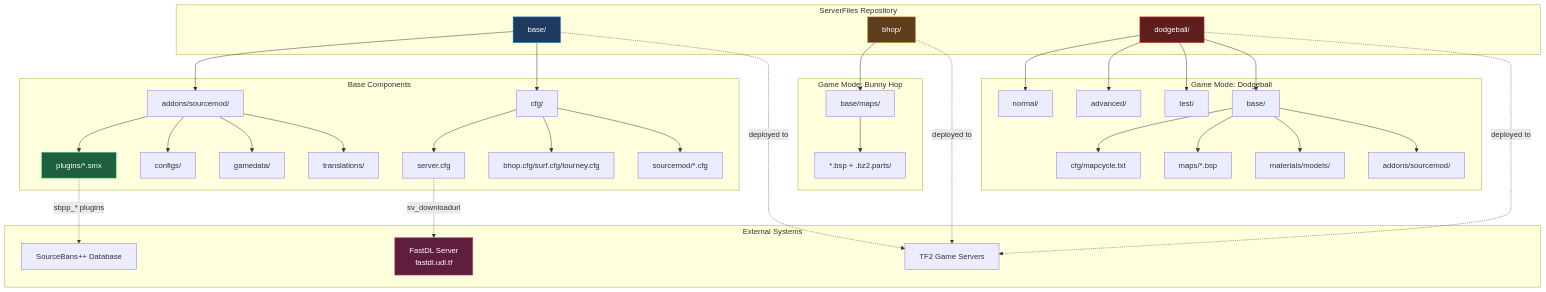
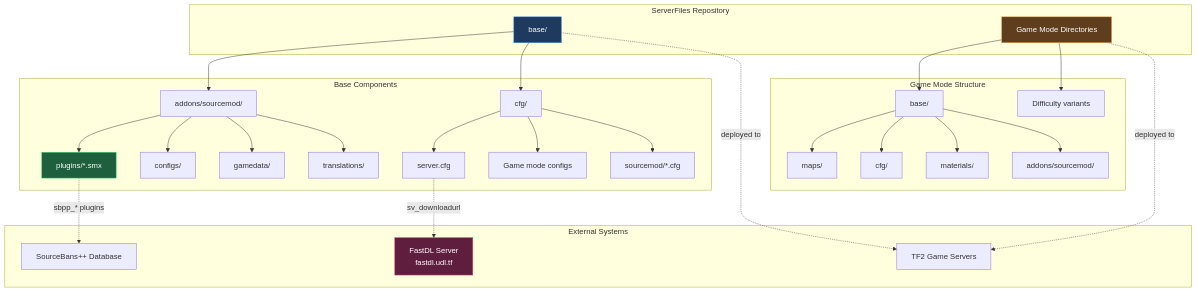
Before and after one commit to UDL-TF/ServerFiles: the first of 3 diagrams in README.md, drawn with Mermaid. The commit also changed other lines of this file, not shown here.

Commit message:
refactor: reorganize directory structure for SourceMod files in README.md

````diff
--- a/README.md
+++ b/README.md
@@ -24,54 +24,44 @@
 ```mermaid
 graph TB
     subgraph "ServerFiles Repository"
         BASE[base/]
-        BHOP[bhop/]
-        DB[dodgeball/]
+        GAMEMODES[Game Mode Directories]
     end
     
     subgraph "Base Components"
         BASE --> ADDONS[addons/sourcemod/]
         BASE --> CFG[cfg/]
         ADDONS --> PLUGINS[plugins/*.smx]
         ADDONS --> CONFIGS[configs/]
         ADDONS --> GAMEDATA[gamedata/]
         ADDONS --> TRANSLATIONS[translations/]
         CFG --> SERVERCFG[server.cfg]
-        CFG --> MODECFG[bhop.cfg/surf.cfg/tourney.cfg]
+        CFG --> MODECFG[Game mode configs]
         CFG --> SMCFG[sourcemod/*.cfg]
     end
     
-    subgraph "Game Mode: Bunny Hop"
-        BHOP --> BHOP_BASE[base/maps/]
-        BHOP_BASE --> BHOP_MAPS[*.bsp + .bz2.parts/]
-    end
-    
-    subgraph "Game Mode: Dodgeball"
-        DB --> DB_NORMAL[normal/]
-        DB --> DB_ADVANCED[advanced/]
-        DB --> DB_TEST[test/]
-        DB --> DB_BASE[base/]
-        DB_BASE --> DB_CFG[cfg/mapcycle.txt]
-        DB_BASE --> DB_MAPS[maps/*.bsp]
-        DB_BASE --> DB_MATERIALS[materials/models/]
-        DB_BASE --> DB_PLUGINS[addons/sourcemod/]
+    subgraph "Game Mode Structure"
+        GAMEMODES --> GM_BASE[base/]
+        GAMEMODES --> GM_VARIANTS[Difficulty variants]
+        GM_BASE --> GM_MAPS[maps/]
+        GM_BASE --> GM_CFG[cfg/]
+        GM_BASE --> GM_MATERIALS[materials/]
+        GM_BASE --> GM_PLUGINS[addons/sourcemod/]
     end
     
     subgraph "External Systems"
         FASTDL[FastDL Server<br/>fastdl.udl.tf]
         GAMESERVERS[TF2 Game Servers]
         SOURCEBANS[SourceBans++ Database]
     end
     
     SERVERCFG -.->|sv_downloadurl| FASTDL
     PLUGINS -.->|sbpp_* plugins| SOURCEBANS
     BASE -.->|deployed to| GAMESERVERS
-    BHOP -.->|deployed to| GAMESERVERS
-    DB -.->|deployed to| GAMESERVERS
+    GAMEMODES -.->|deployed to| GAMESERVERS
     
     style BASE fill:#1e3a5f,stroke:#4a90e2,color:#ffffff
-    style BHOP fill:#5f3e1e,stroke:#e2a04a,color:#ffffff
-    style DB fill:#5f1e1e,stroke:#e24a4a,color:#ffffff
+    style GAMEMODES fill:#5f3e1e,stroke:#e2a04a,color:#ffffff
     style PLUGINS fill:#1e5f3e,stroke:#4ae27a,color:#ffffff
     style FASTDL fill:#5f1e3e,stroke:#e24a7a,color:#ffffff
 ```
````
